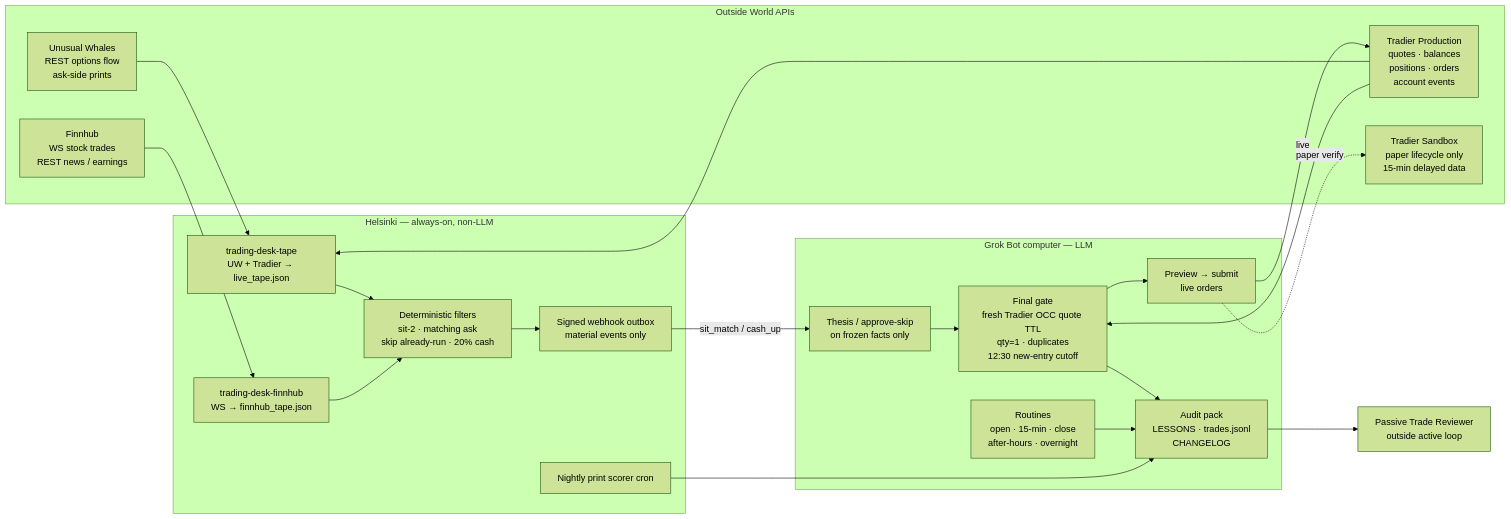
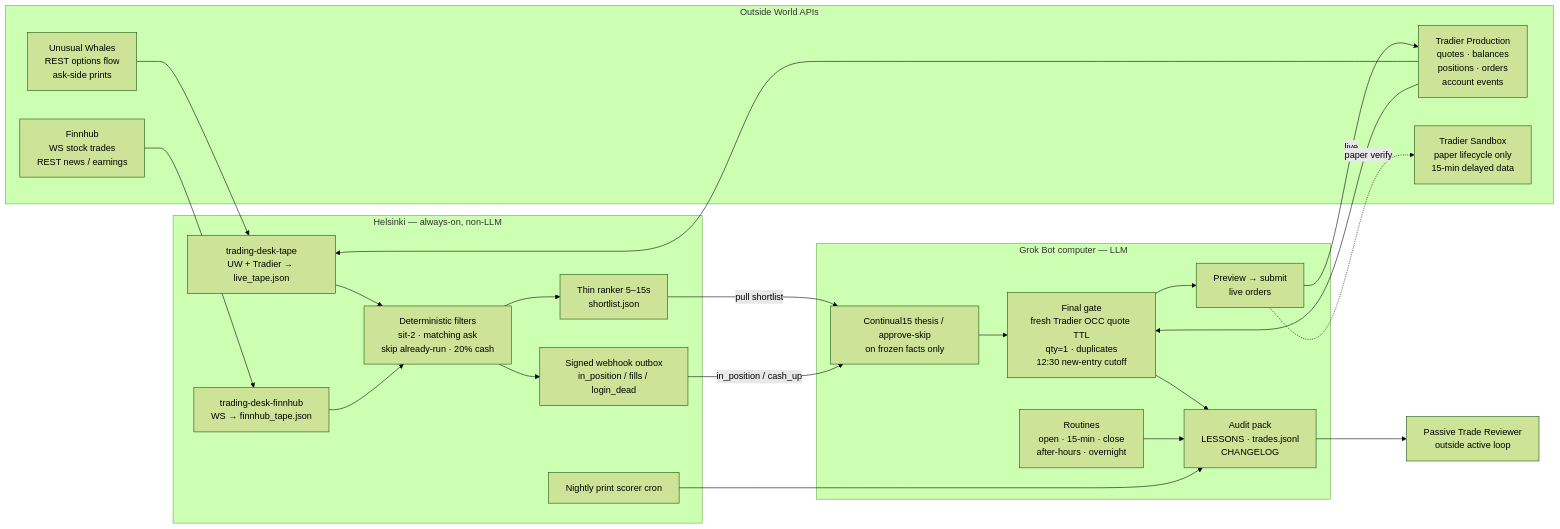
The diagram in docs/ARCHITECTURE_DIAGRAM.md (darrylsj/groktrading), drawn with Mermaid (forest theme) before and after one commit. The commit also changed other lines of this file and 24 other files, not shown here.

First line of the commit message:
Add three-plane realtime desk: shortlist ranker + hunt docs (#37)

````diff
--- a/docs/ARCHITECTURE_DIAGRAM.md
+++ b/docs/ARCHITECTURE_DIAGRAM.md
@@ -24,40 +24,43 @@
 ```mermaid
 flowchart LR
   subgraph Outside["Outside World APIs"]
     UW["Unusual Whales\nREST options flow\nask-side prints"]
     FH["Finnhub\nWS stock trades\nREST news / earnings"]
     TP["Tradier Production\nquotes · balances\npositions · orders\naccount events"]
     TS["Tradier Sandbox\npaper lifecycle only\n15-min delayed data"]
   end
   subgraph Helsinki["Helsinki — always-on, non-LLM"]
     TAPE["trading-desk-tape\nUW + Tradier → live_tape.json"]
     FHSVC["trading-desk-finnhub\nWS → finnhub_tape.json"]
     FILT["Deterministic filters\nsit-2 · matching ask\nskip already-run · 20% cash"]
-    HOOK["Signed webhook outbox\nmaterial events only"]
+    RANK["Thin ranker 5–15s\nshortlist.json"]
+    HOOK["Signed webhook outbox\nin_position / fills / login_dead"]
     NIGHT["Nightly print scorer cron"]
   end
   subgraph Grok["Grok Bot computer — LLM"]
-    LLM["Thesis / approve-skip\non frozen facts only"]
+    LLM["Continual15 thesis / approve-skip\non frozen facts only"]
     GATE["Final gate\nfresh Tradier OCC quote TTL\nqty=1 · duplicates\n12:30 new-entry cutoff"]
     EXEC["Preview → submit\nlive orders"]
     AUDIT["Audit pack\nLESSONS · trades.jsonl\nCHANGELOG"]
     ROUT["Routines\nopen · 15-min · close\nafter-hours · overnight"]
   end
   REV["Passive Trade Reviewer\noutside active loop"]
   UW --> TAPE
   FH --> FHSVC
   TP --> TAPE
   TP --> GATE
   TAPE --> FILT
   FHSVC --> FILT
+  FILT --> RANK
+  RANK -->|"pull shortlist"| LLM
   FILT --> HOOK
-  HOOK -->|"sit_match / cash_up"| LLM
+  HOOK -->|"in_position / cash_up"| LLM
   LLM --> GATE
   GATE --> EXEC
   EXEC -->|"live"| TP
   EXEC -.->|"paper verify"| TS
   GATE --> AUDIT
   ROUT --> AUDIT
   NIGHT --> AUDIT
   AUDIT --> REV
 ```
````
